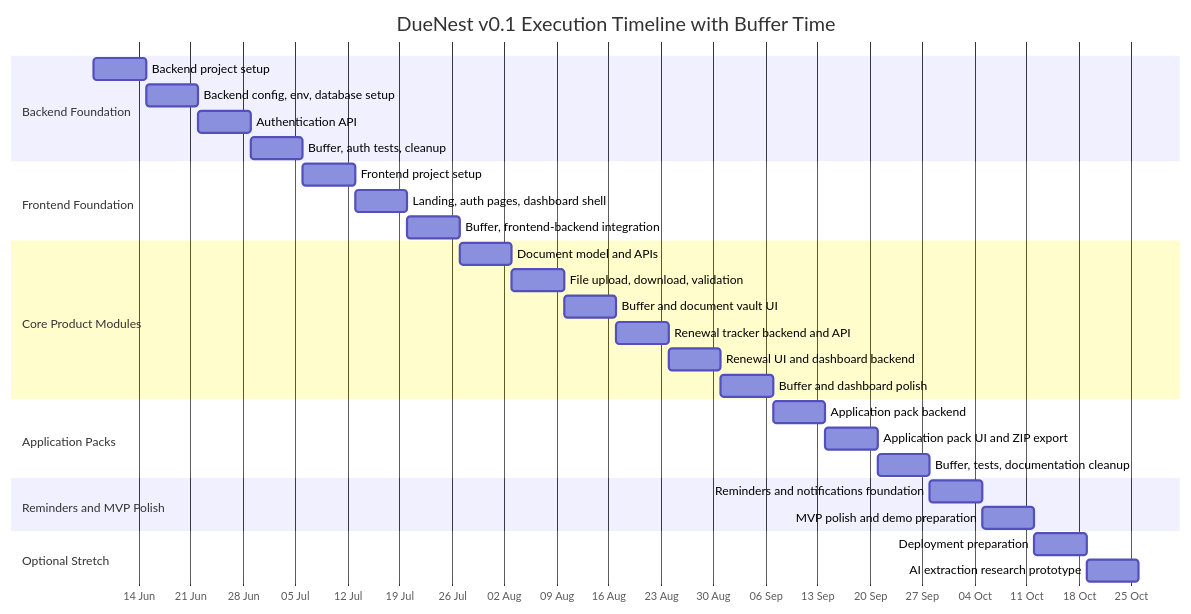
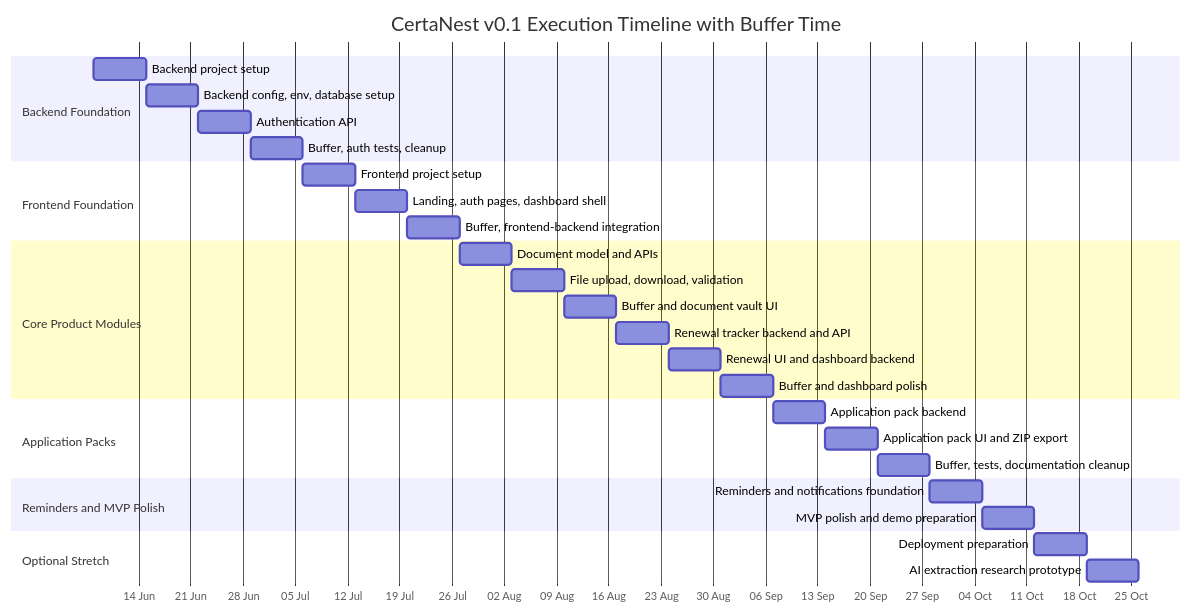
One commit to NouhanDoumbouya/duenest changed the third of 4 diagrams in docs/roadmap.md. Above: the diagram before and after it, drawn with Mermaid. The commit also changed other lines of this file and 368 other files, not shown here.

````diff
--- a/docs/roadmap.md
+++ b/docs/roadmap.md
@@ -358,38 +358,38 @@
 ```mermaid
 gantt
-    title DueNest v0.1 Execution Timeline with Buffer Time
+    title CertaNest v0.1 Execution Timeline with Buffer Time
     dateFormat  YYYY-MM-DD
     axisFormat  %d %b
 
     section Backend Foundation
     Backend project setup                  :backend_setup, 2026-06-08, 7d
     Backend config, env, database setup    :backend_config, 2026-06-15, 7d
     Authentication API                     :auth_api, 2026-06-22, 7d
     Buffer, auth tests, cleanup            :auth_buffer, 2026-06-29, 7d
 
     section Frontend Foundation
     Frontend project setup                 :frontend_setup, 2026-07-06, 7d
     Landing, auth pages, dashboard shell   :frontend_auth, 2026-07-13, 7d
     Buffer, frontend-backend integration   :frontend_buffer, 2026-07-20, 7d
 
     section Core Product Modules
     Document model and APIs                :document_api, 2026-07-27, 7d
     File upload, download, validation      :file_upload, 2026-08-03, 7d
     Buffer and document vault UI           :document_buffer, 2026-08-10, 7d
     Renewal tracker backend and API        :renewal_api, 2026-08-17, 7d
     Renewal UI and dashboard backend       :renewal_ui, 2026-08-24, 7d
     Buffer and dashboard polish            :dashboard_buffer, 2026-08-31, 7d
 
     section Application Packs
     Application pack backend               :pack_backend, 2026-09-07, 7d
     Application pack UI and ZIP export     :pack_ui, 2026-09-14, 7d
     Buffer, tests, documentation cleanup   :pack_buffer, 2026-09-21, 7d
 
     section Reminders and MVP Polish
     Reminders and notifications foundation :reminders, 2026-09-28, 7d
     MVP polish and demo preparation        :mvp_polish, 2026-10-05, 7d
 
     section Optional Stretch
     Deployment preparation                 :deployment_prep, 2026-10-12, 7d
     AI extraction research prototype       :ai_research, 2026-10-19, 7d
 ```
````
